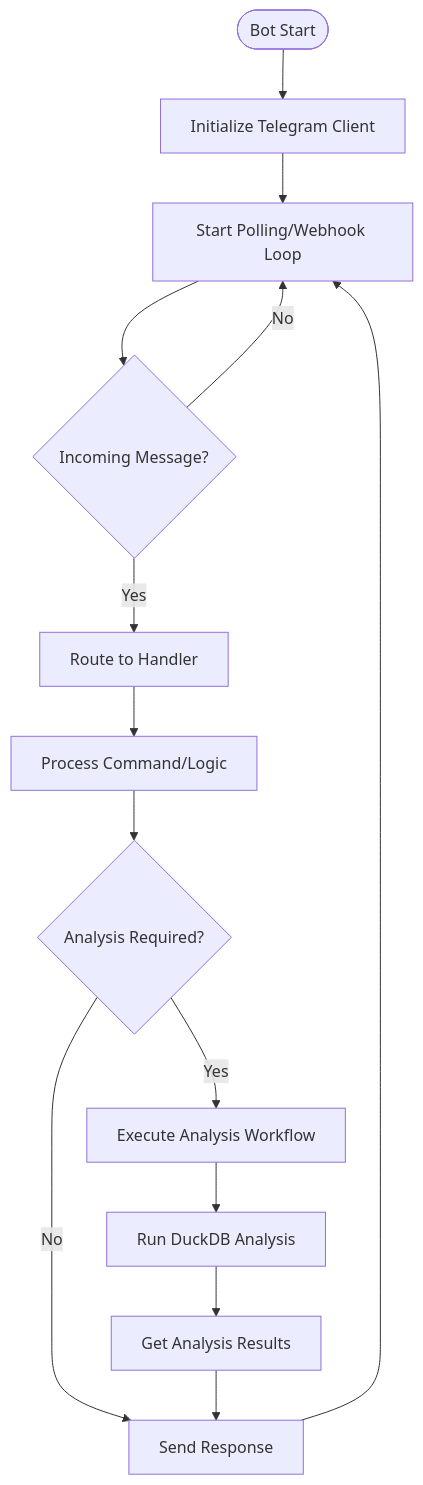
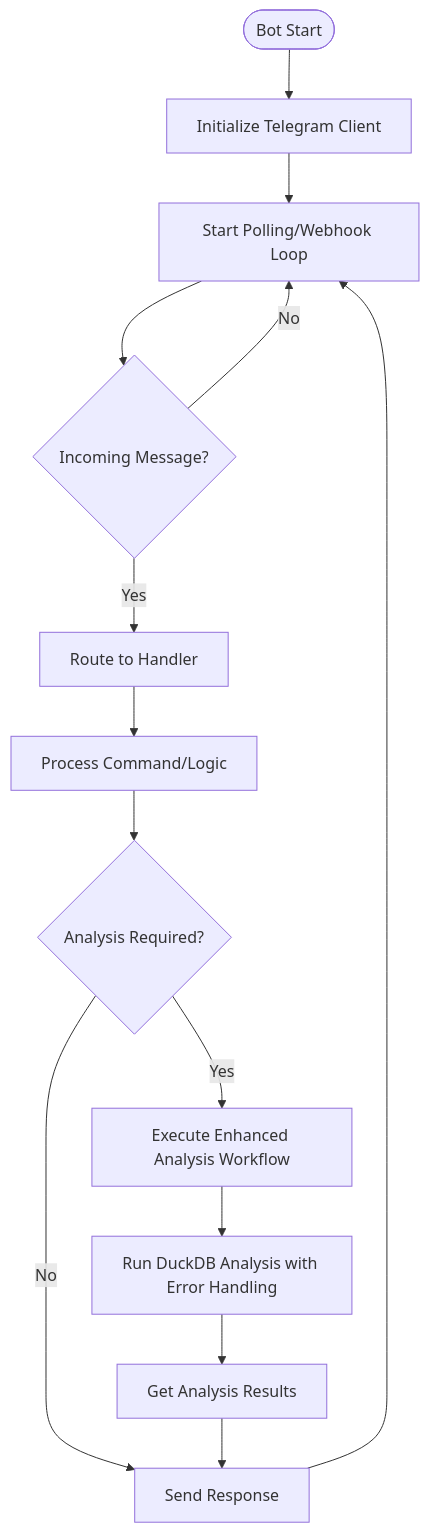
Before and after one commit to ZengSeng/telegram-bot: the third of 12 diagrams in .qoder/repowiki/en/content/Core Components/Analysis Framework.md, drawn with Mermaid. The commit also changed other lines of this file and 9 other files, not shown here.

````diff
--- a/.qoder/repowiki/en/content/Core Components/Analysis Framework.md
+++ b/.qoder/repowiki/en/content/Core Components/Analysis Framework.md
@@ -211,16 +244,16 @@
 ```mermaid
 flowchart TD
 Start(["Bot Start"]) --> Init["Initialize Telegram Client"]
 Init --> Poll["Start Polling/Webhook Loop"]
 Poll --> OnMessage{"Incoming Message?"}
 OnMessage --> |Yes| Route["Route to Handler"]
 Route --> Process["Process Command/Logic"]
 Process --> CheckAnalysis{"Analysis Required?"}
-CheckAnalysis --> |Yes| ExecuteAnalysis["Execute Analysis Workflow"]
+CheckAnalysis --> |Yes| ExecuteAnalysis["Execute Enhanced Analysis Workflow"]
 CheckAnalysis --> |No| Reply["Send Response"]
-ExecuteAnalysis --> Analyze["Run DuckDB Analysis"]
+ExecuteAnalysis --> Analyze["Run DuckDB Analysis with Error Handling"]
 Analyze --> GetResults["Get Analysis Results"]
 GetResults --> Reply["Send Response"]
 Reply --> Poll
 OnMessage --> |No| Poll
 ```
````
